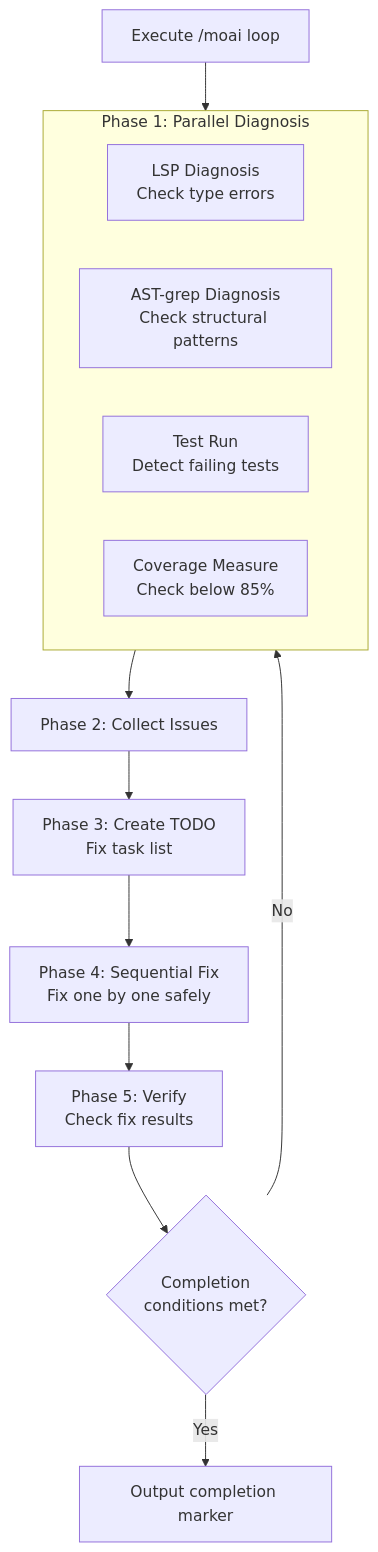
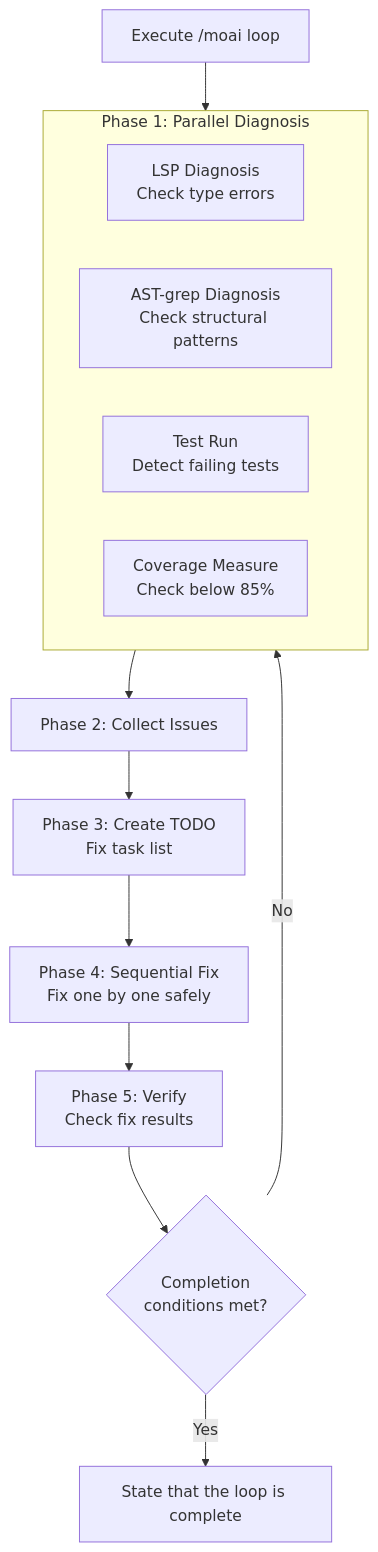
One commit to modu-ai/moai-adk changed the first of 4 diagrams in docs-site/content/en/utility-commands/moai-loop.md. Above: the diagram before and after it, drawn with Mermaid. The commit also changed 32 other files, not shown here.

First line of the commit message:
wip(SPEC-COMPLETION-MARKER-RETIRE-001): M1-M4 marker+persistent-mode removal (Go+.claude+template+en docs partial)

````diff
--- a/docs-site/content/en/utility-commands/moai-loop.md
+++ b/docs-site/content/en/utility-commands/moai-loop.md
@@ -63,19 +63,19 @@
 ```mermaid
 flowchart TD
     Start["Execute /moai loop"] --> Diag
 
     subgraph Diag["Phase 1: Parallel Diagnosis"]
         D1["LSP Diagnosis<br/>Check type errors"]
         D2["AST-grep Diagnosis<br/>Check structural patterns"]
         D3["Test Run<br/>Detect failing tests"]
         D4["Coverage Measure<br/>Check below 85%"]
     end
 
     Diag --> Collect["Phase 2: Collect Issues"]
     Collect --> Todo["Phase 3: Create TODO<br/>Fix task list"]
     Todo --> Fix["Phase 4: Sequential Fix<br/>Fix one by one safely"]
     Fix --> Verify["Phase 5: Verify<br/>Check fix results"]
     Verify --> Check{Completion<br/>conditions met?}
     Check -->|No| Diag
-    Check -->|Yes| Done["Output completion marker"]
+    Check -->|Yes| Done["State that the loop is complete"]
 ```
````
